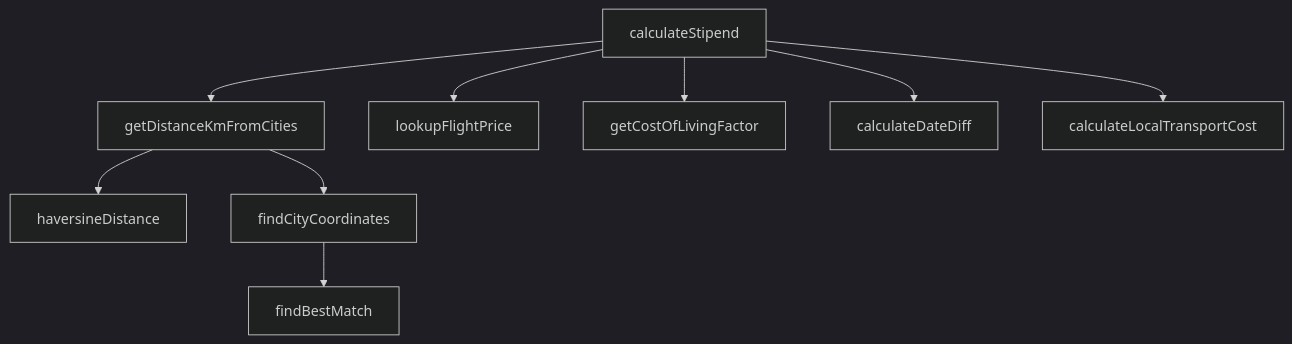
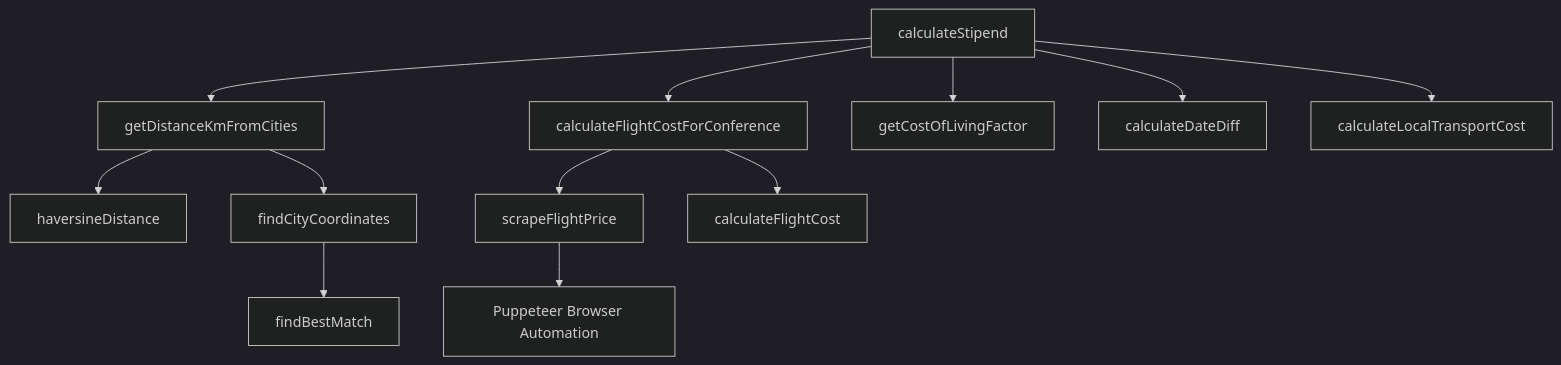
Before and after one commit to 0x4007/travel-stipend: the fourth of 5 diagrams in memory-bank/systemPatterns.md, drawn with Mermaid (dark theme). The commit also changed other lines of this file and 4 other files, not shown here.

````diff
--- a/memory-bank/systemPatterns.md
+++ b/memory-bank/systemPatterns.md
@@ -101,12 +130,17 @@
 ```mermaid
 flowchart TD
     CalcStipend[calculateStipend] --> Distance[getDistanceKmFromCities]
-    CalcStipend --> FlightLookup[lookupFlightPrice]
+    CalcStipend --> FlightCost[calculateFlightCostForConference]
     CalcStipend --> COL[getCostOfLivingFactor]
     CalcStipend --> DateCalc[calculateDateDiff]
     CalcStipend --> Transport[calculateLocalTransportCost]
 
+    FlightCost --> Scraper[scrapeFlightPrice]
+    FlightCost --> DistCalc[calculateFlightCost]
+
     Distance --> Haversine[haversineDistance]
     Distance --> FindCity[findCityCoordinates]
     FindCity --> FuzzyMatch[findBestMatch]
+
+    Scraper --> WebAutomation[Puppeteer Browser Automation]
 ```
````
